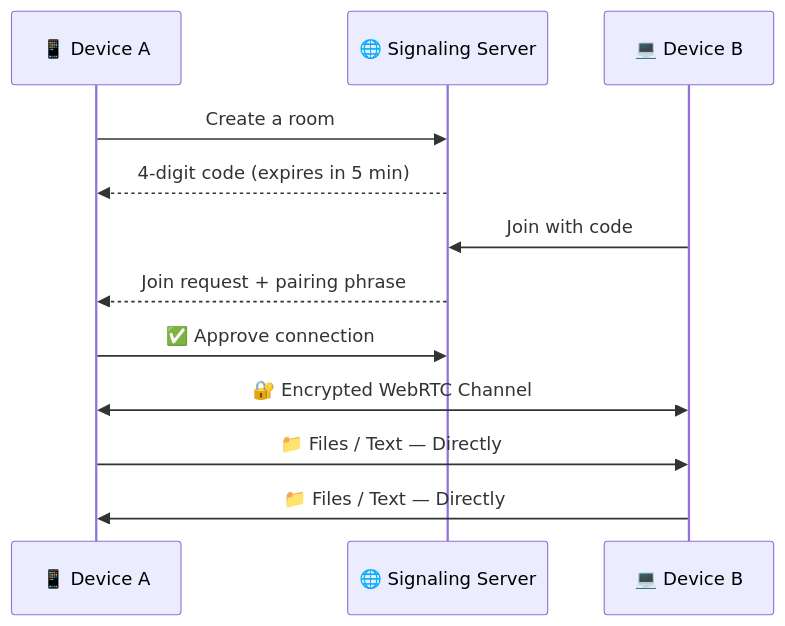
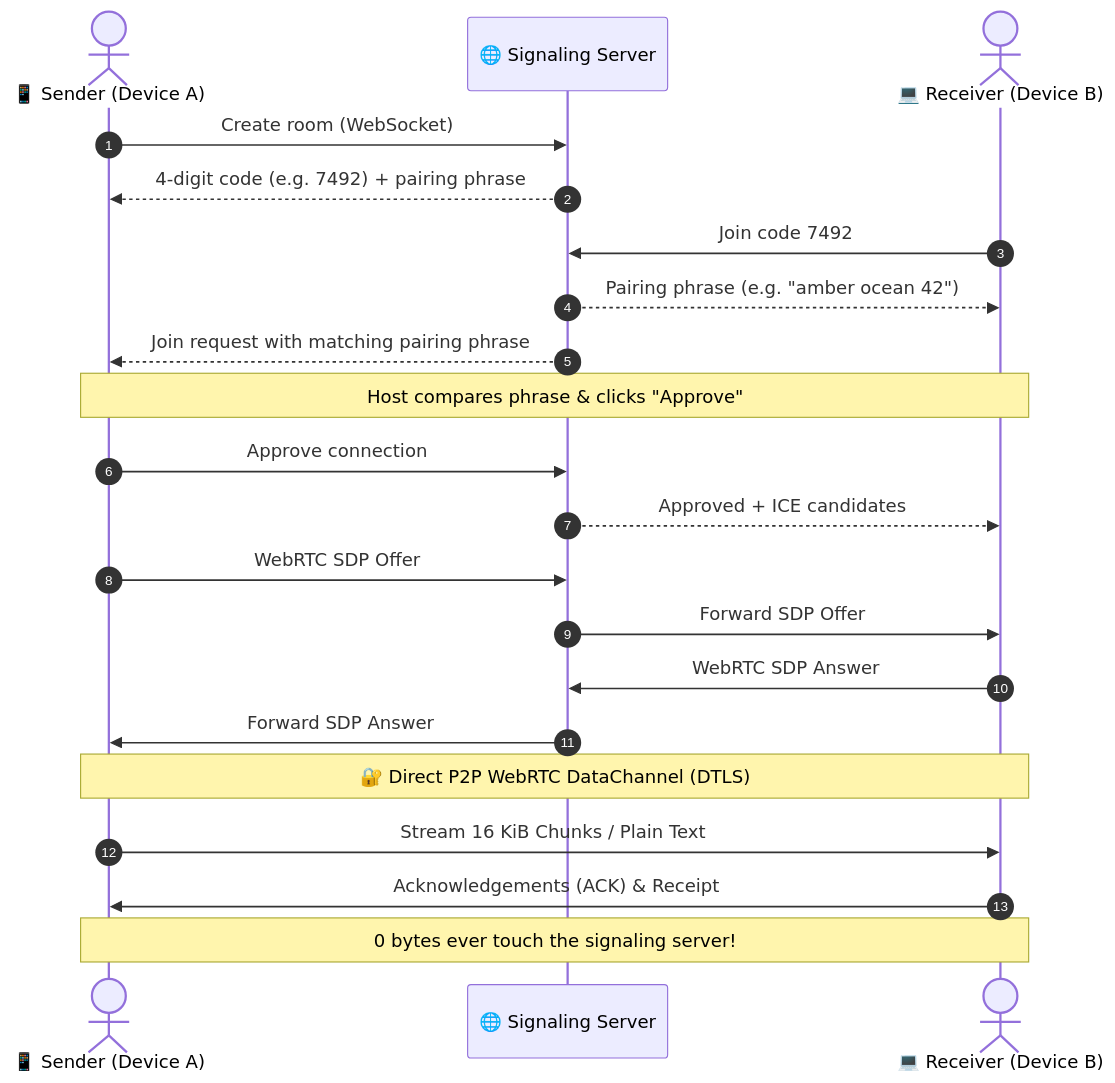
One commit to shivaa003/vexuli changed the diagram in README.md. Above: the diagram before and after it, drawn with Mermaid. The commit also changed other lines of this file, not shown here.

````diff
--- a/README.md
+++ b/README.md
@@ -147,14 +207,24 @@
 ```mermaid
 sequenceDiagram
-    participant A as 📱 Device A
-    participant S as 🌐 Signaling Server
-    participant B as 💻 Device B
-    A->>S: Create a room
-    S-->>A: 4-digit code (expires in 5 min)
-    B->>S: Join with code
-    S-->>A: Join request + pairing phrase
-    A->>S: ✅ Approve connection
-    A<<->>B: 🔐 Encrypted WebRTC Channel
-    A->>B: 📁 Files / Text — Directly
-    B->>A: 📁 Files / Text — Directly
+    autonumber
+    actor Alice as 📱 Sender (Device A)
+    participant Node as 🌐 Signaling Server
+    actor Bob as 💻 Receiver (Device B)
+
+    Alice->>Node: Create room (WebSocket)
+    Node-->>Alice: 4-digit code (e.g. 7492) + pairing phrase
+    Bob->>Node: Join code 7492
+    Node-->>Bob: Pairing phrase (e.g. "amber ocean 42")
+    Node-->>Alice: Join request with matching pairing phrase
+    Note over Alice,Bob: Host compares phrase & clicks "Approve"
+    Alice->>Node: Approve connection
+    Node-->>Bob: Approved + ICE candidates
+    Alice->>Node: WebRTC SDP Offer
+    Node->>Bob: Forward SDP Offer
+    Bob->>Node: WebRTC SDP Answer
+    Node->>Alice: Forward SDP Answer
+    Note over Alice,Bob: 🔐 Direct P2P WebRTC DataChannel (DTLS)
+    Alice->>Bob: Stream 16 KiB Chunks / Plain Text
+    Bob->>Alice: Acknowledgements (ACK) & Receipt
+    Note over Alice,Bob: 0 bytes ever touch the signaling server!
 ```
````
